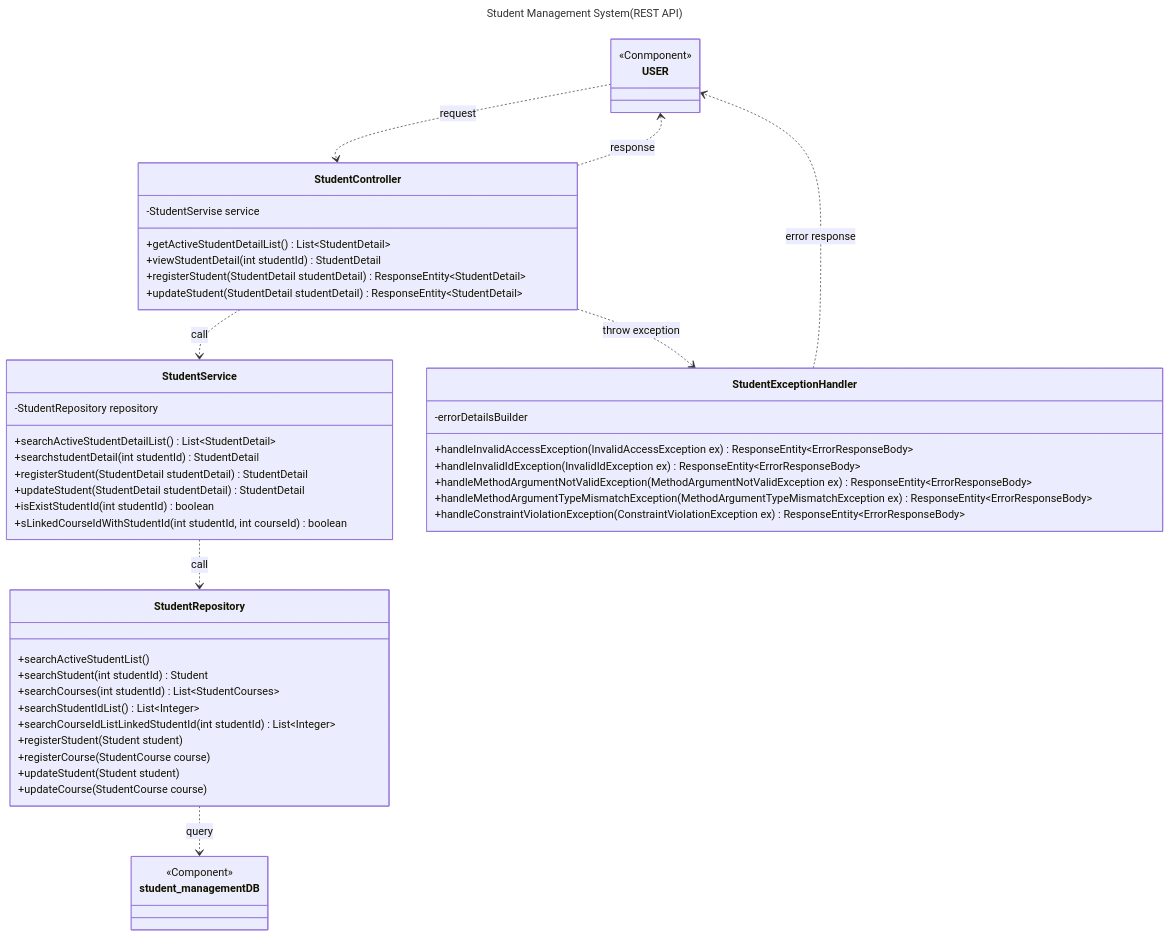
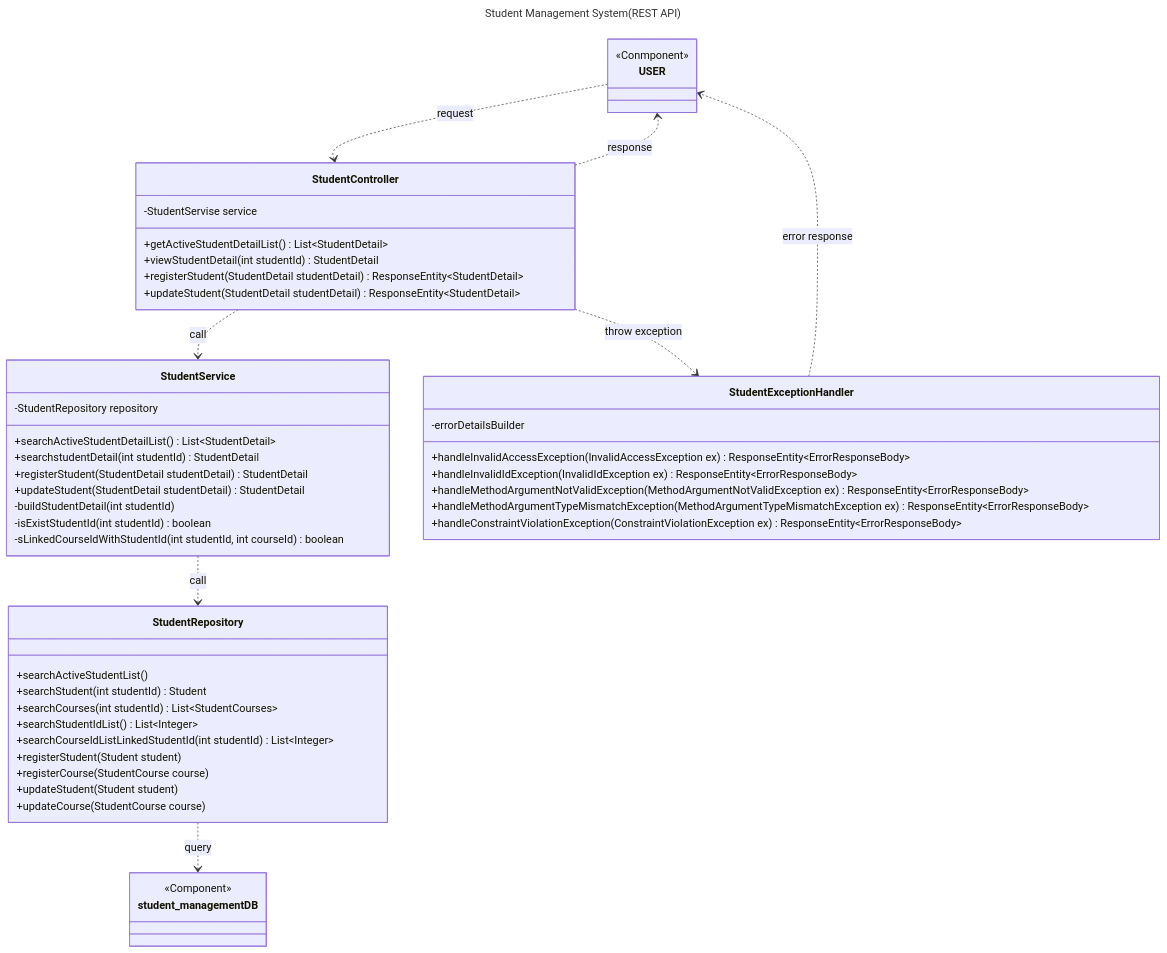
Before and after one commit to saway261/StudentManagement: the fifth of 5 diagrams in README.md, drawn with Mermaid. The commit also changed other lines of this file and 1 other file, not shown here.

Commit message:
docs:StudentServiceのbuildStudentDetailにJavaDocを付記し、READMEに追記

````diff
--- a/README.md
+++ b/README.md
@@ -148,62 +151,61 @@
 ```mermaid
 ---
 title: Student Management System(REST API)
 ---
 classDiagram
-    class USER{
+    class USER {
         <<Conmponent>>
     }
-    class student_managementDB{
+    class student_managementDB {
         <<Component>>
- }
-    USER ..> StudentController:request
-    
+    }
+    USER ..> StudentController: request
     direction TB
-    StudentController ..> USER:response
-    StudentController ..> StudentService:call
-    StudentService ..> StudentRepository:call
-    StudentRepository ..> student_management DB:query
-    
+    StudentController ..> USER: response
+    StudentController ..> StudentService: call
+    StudentService ..> StudentRepository: call
+    StudentRepository ..> student_management DB: query
 
-    class StudentController{
+    class StudentController {
         -StudentServise service
         +getActiveStudentDetailList() List~StudentDetail~
         +viewStudentDetail(int studentId) StudentDetail
         +registerStudent(StudentDetail studentDetail) ResponseEntity~StudentDetail~
         +updateStudent(StudentDetail studentDetail) ResponseEntity~StudentDetail~
     }
-    class StudentService{
+    class StudentService {
         -StudentRepository repository
         +searchActiveStudentDetailList() List~StudentDetail~
         +searchstudentDetail(int studentId) StudentDetail
         +registerStudent(StudentDetail studentDetail) StudentDetail
         +updateStudent(StudentDetail studentDetail) StudentDetail
-        +isExistStudentId(int studentId) boolean
-        +sLinkedCourseIdWithStudentId(int studentId, int courseId) boolean
+        -buildStudentDetail(int studentId)
+        -isExistStudentId(int studentId) boolean
+        -sLinkedCourseIdWithStudentId(int studentId, int courseId) boolean
     }
-    class StudentRepository{
+    class StudentRepository {
         +searchActiveStudentList()
         +searchStudent(int studentId) Student
         +searchCourses(int studentId) List~StudentCourses~
         +searchStudentIdList() List~Integer~
         +searchCourseIdListLinkedStudentId(int studentId) List~Integer~
         +registerStudent(Student student)
         +registerCourse(StudentCourse course)
         +updateStudent(Student student)
         +updateCourse(StudentCourse course)
     }
 
     class StudentExceptionHandler {
         -errorDetailsBuilder
         +handleInvalidAccessException(InvalidAccessException ex) ResponseEntity~ErrorResponseBody~
         +handleInvalidIdException(InvalidIdException ex) ResponseEntity~ErrorResponseBody~
         +handleMethodArgumentNotValidException(MethodArgumentNotValidException ex) ResponseEntity~ErrorResponseBody~
         +handleMethodArgumentTypeMismatchException(MethodArgumentTypeMismatchException ex) ResponseEntity~ErrorResponseBody~
         +handleConstraintViolationException(ConstraintViolationException ex) ResponseEntity~ErrorResponseBody~
     }
 
-    StudentController ..> StudentExceptionHandler:throw exception
-    StudentExceptionHandler ..> USER:error response
-  
+    StudentController ..> StudentExceptionHandler: throw exception
+    StudentExceptionHandler ..> USER: error response
+
 
 ```
````
